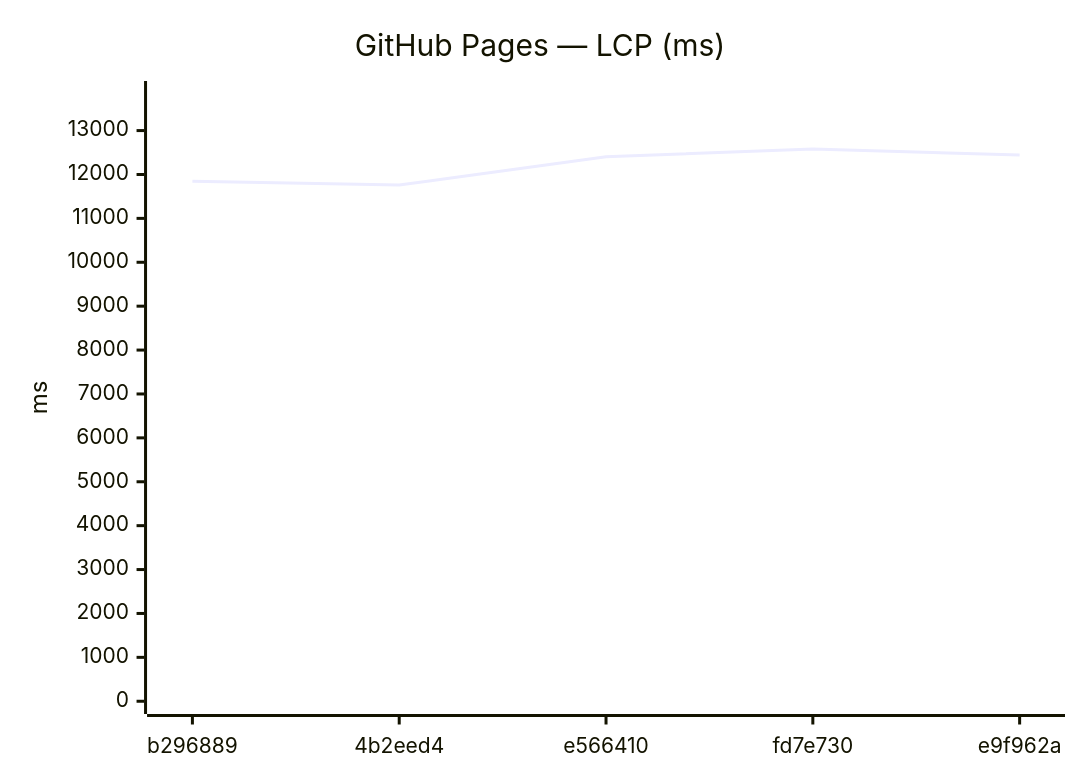
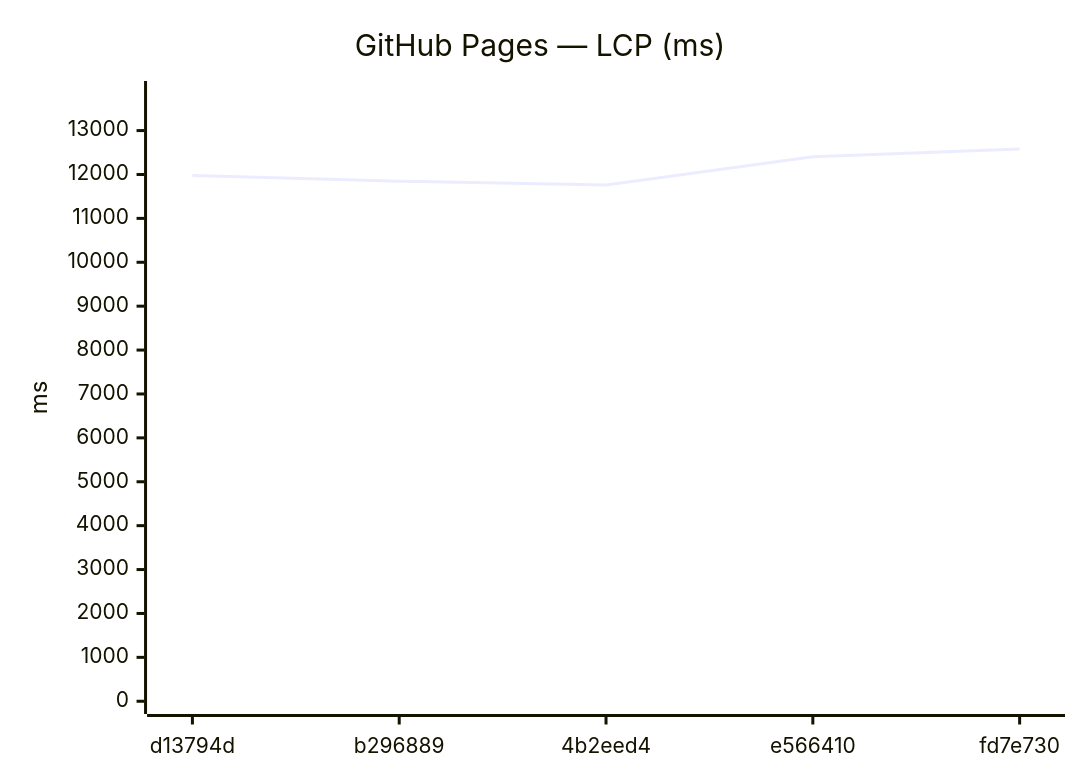
The ninth of 18 diagrams in benchmarks/compare.md (Metaheurist/Rianell), drawn with Mermaid before and after one commit. The commit also changed other lines of this file and 11 other files, not shown here.

````diff
--- a/benchmarks/compare.md
+++ b/benchmarks/compare.md
@@ -142,7 +142,7 @@
 ```mermaid
 xychart-beta
     title "GitHub Pages — LCP (ms)"
-    x-axis ["b296889", "4b2eed4", "e566410", "fd7e730", "e9f962a"]
+    x-axis ["d13794d", "b296889", "4b2eed4", "e566410", "fd7e730"]
     y-axis "ms" 0 --> 13839
-    line [11847, 11759, 12402, 12580, 12444]
+    line [11979, 11847, 11759, 12402, 12580]
 ```
````
